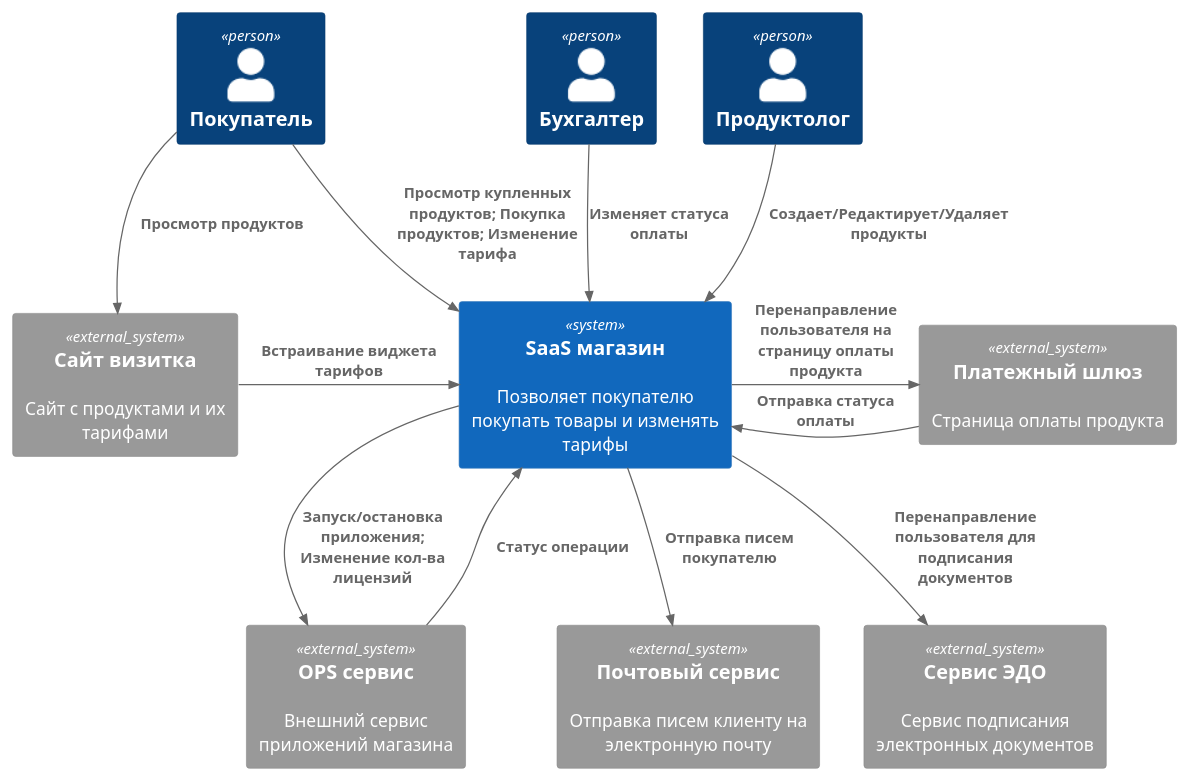
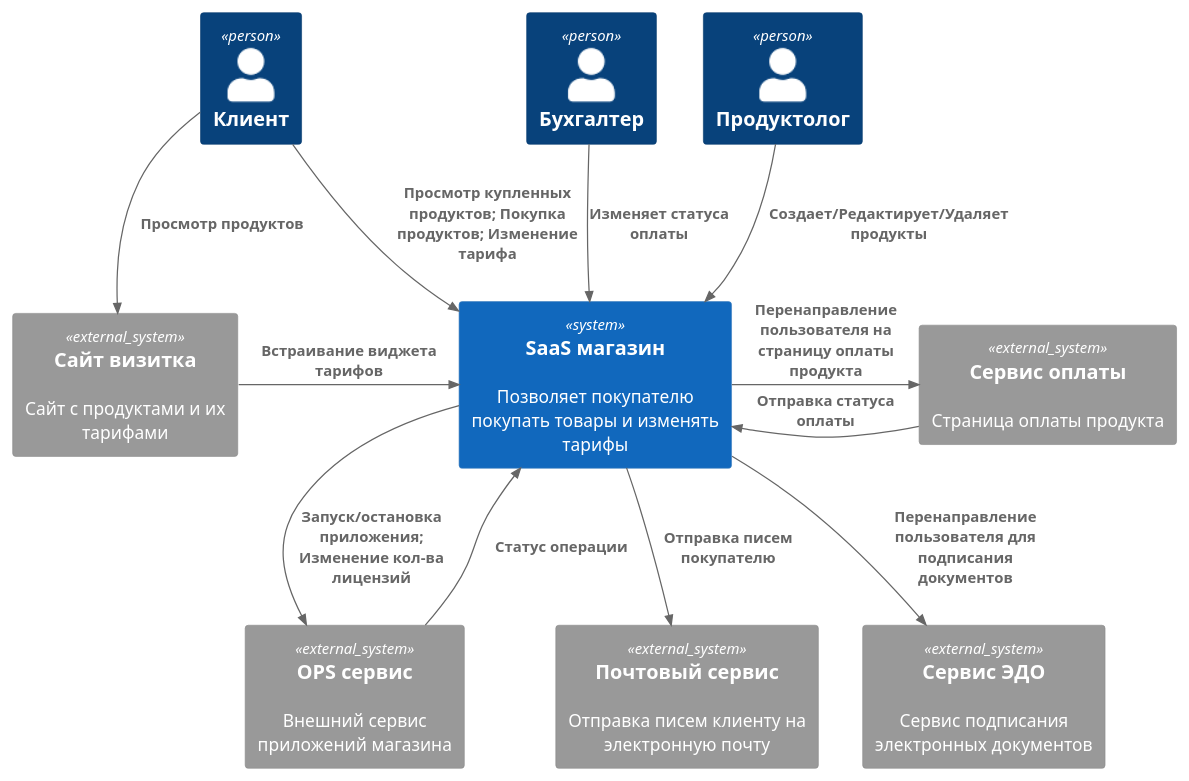
Before and after one commit to kelvionald/saas-shop: the diagram in docs/c4/1.context.puml, drawn with PlantUML. The commit also changed 2 other files, not shown here.

```diff
--- a/docs/c4/1.context.puml
+++ b/docs/c4/1.context.puml
@@ -1,28 +1,28 @@
 @startuml
 !include https://raw.githubusercontent.com/plantuml-stdlib/C4-PlantUML/master/C4_Context.puml
 
-Person(user_customer, "Покупатель")
+Person(user_customer, "Клиент")
 Person(user_accountant, "Бухгалтер")
 Person(user_programmer, "Продуктолог")
 
 System(system_shop, "SaaS магазин", "Позволяет покупателю покупать товары и изменять тарифы")
 
 System_Ext(system_email, "Почтовый сервис", "Отправка писем клиенту на электронную почту")
-System_Ext(system_bank, "Платежный шлюз", "Страница оплаты продукта")
+System_Ext(system_bank, "Сервис оплаты", "Страница оплаты продукта")
 System_Ext(system_docs, "Сервис ЭДО", "Сервис подписания электронных документов")
 System_Ext(system_ops, "OPS сервис", "Внешний сервис приложений магазина")
 System_Ext(system_site, "Сайт визитка", "Сайт с продуктами и их тарифами")
 
 Rel(user_customer, system_site, "Просмотр продуктов")
 Rel_R(system_site, system_shop, "Встраивание виджета тарифов")
 Rel(user_customer, system_shop, "Просмотр купленных продуктов; Покупка продуктов; Изменение тарифа")
 Rel(user_accountant, system_shop, "Изменяет статуса оплаты")
 Rel(user_programmer, system_shop, "Создает/Редактирует/Удаляет продукты")
 Rel(system_shop, system_email, "Отправка писем покупателю")
 Rel_R(system_shop, system_bank, "Перенаправление пользователя на страницу оплаты продукта")
 Rel_R(system_bank, system_shop, "Отправка статуса оплаты")
 Rel(system_shop, system_docs, "Перенаправление пользователя для подписания документов")
 Rel(system_shop, system_ops, "Запуск/остановка приложения; Изменение кол-ва лицензий")
 Rel_R(system_ops, system_shop, "Статус операции")
 
 @enduml
```
